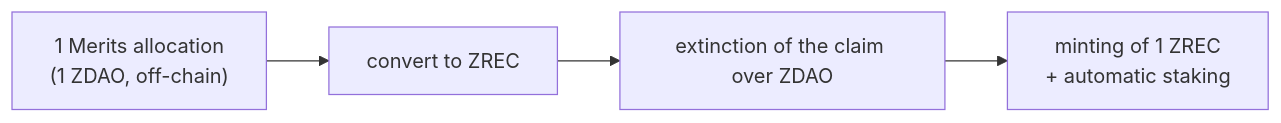
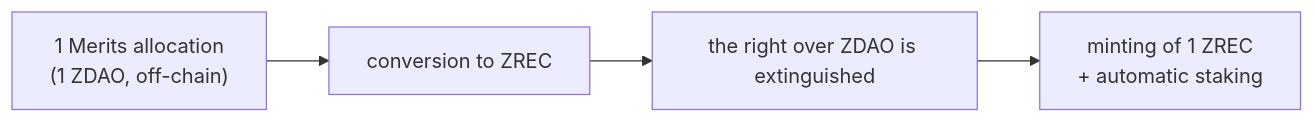
One commit to blockvault-ai/zero-energy changed the second of 4 diagrams in docs/tokenomics/02-zero-rec.md. Above: the diagram before and after it, drawn with Mermaid. The commit also changed other lines of this file and 2 other files, not shown here.

````diff
--- a/docs/tokenomics/02-zero-rec.md
+++ b/docs/tokenomics/02-zero-rec.md
@@ -51,6 +60,6 @@
 ```mermaid
 flowchart LR
-    A["1 Merits allocation<br/>(1 ZDAO, off-chain)"] --> B["convert to ZREC"]
-    B --> C[extinction of the claim over ZDAO]
+    A["1 Merits allocation<br/>(1 ZDAO, off-chain)"] --> B["conversion to ZREC"]
+    B --> C[the right over ZDAO is extinguished]
     C --> D["minting of 1 ZREC<br/>+ automatic staking"]
 ```
````
